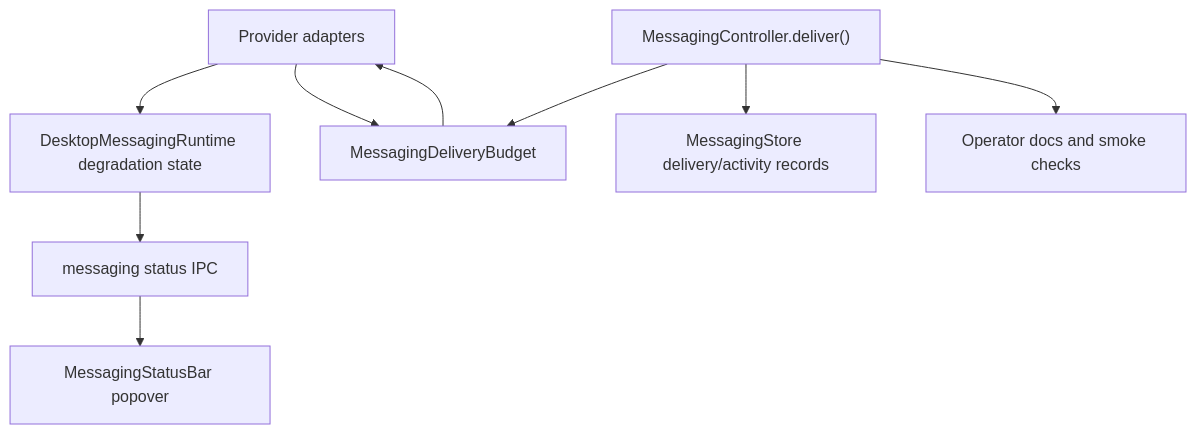
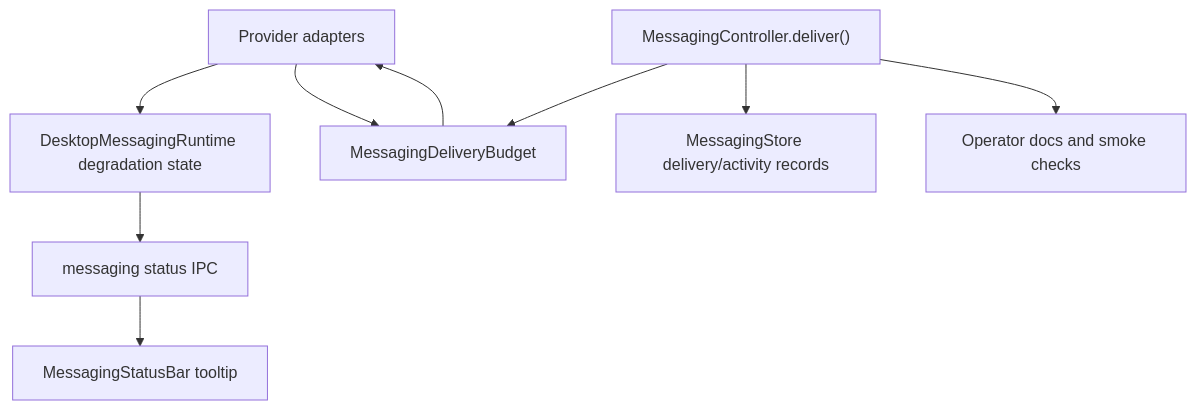
One commit to pwrdrvr/PwrAgent changed the third of 3 diagrams in docs/plans/2026-05-09-001-feat-messaging-rate-limit-slow-mode-plan.md. Above: the diagram before and after it, drawn with Mermaid. The commit also changed other lines of this file and 23 other files, not shown here.

````diff
--- a/docs/plans/2026-05-09-001-feat-messaging-rate-limit-slow-mode-plan.md
+++ b/docs/plans/2026-05-09-001-feat-messaging-rate-limit-slow-mode-plan.md
@@ -484,11 +482,11 @@
 ```mermaid
 flowchart TB
   Provider["Provider adapters"] --> Runtime["DesktopMessagingRuntime degradation state"]
   Provider --> Budget["MessagingDeliveryBudget"]
   Controller["MessagingController.deliver()"] --> Budget
   Budget --> Provider
   Runtime --> IPC["messaging status IPC"]
-  IPC --> Renderer["MessagingStatusBar popover"]
+  IPC --> Renderer["MessagingStatusBar tooltip"]
   Controller --> Store["MessagingStore delivery/activity records"]
   Controller --> Docs["Operator docs and smoke checks"]
 ```
````
